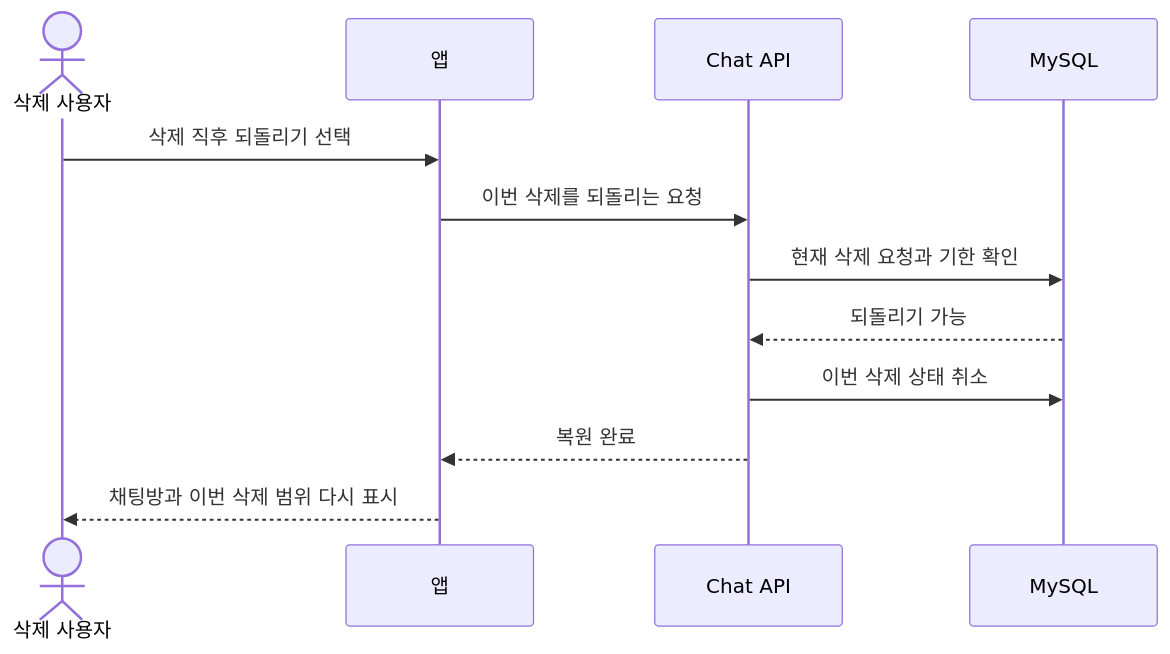
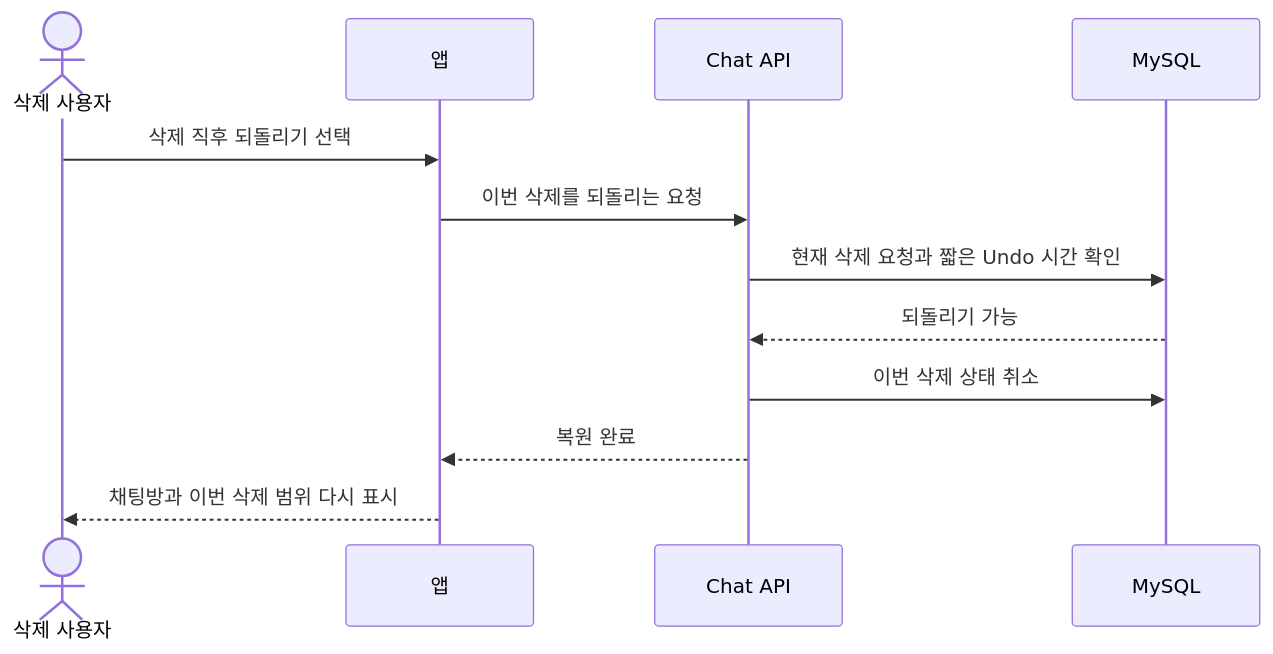
Diagram 13 of 17 in docs/architecture/chat/05-sequence-diagrams.md (swyp-app-5th-team1/Kohere-backend), drawn with Mermaid before and after one commit. The commit also changed other lines of this file and 12 other files, not shown here.

Commit message:
docs: clarify chat flows and split future scope

````diff
--- a/docs/architecture/chat/05-sequence-diagrams.md
+++ b/docs/architecture/chat/05-sequence-diagrams.md
@@ -287,15 +311,15 @@
 ```mermaid
 sequenceDiagram
     actor U as 삭제 사용자
     participant APP as 앱
     participant CHAT as Chat API
     participant DB as MySQL
 
     U->>APP: 삭제 직후 되돌리기 선택
     APP->>CHAT: 이번 삭제를 되돌리는 요청
-    CHAT->>DB: 현재 삭제 요청과 기한 확인
+    CHAT->>DB: 현재 삭제 요청과 짧은 Undo 시간 확인
     DB-->>CHAT: 되돌리기 가능
     CHAT->>DB: 이번 삭제 상태 취소
     CHAT-->>APP: 복원 완료
     APP-->>U: 채팅방과 이번 삭제 범위 다시 표시
 ```
````
